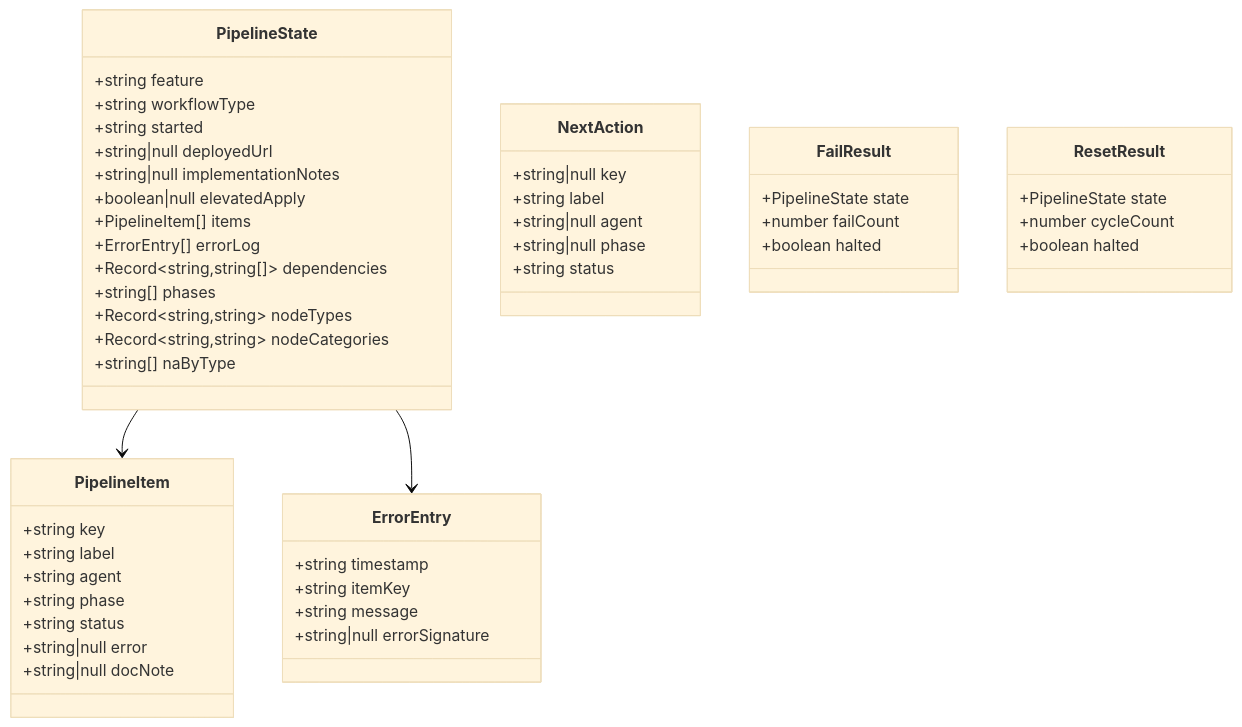
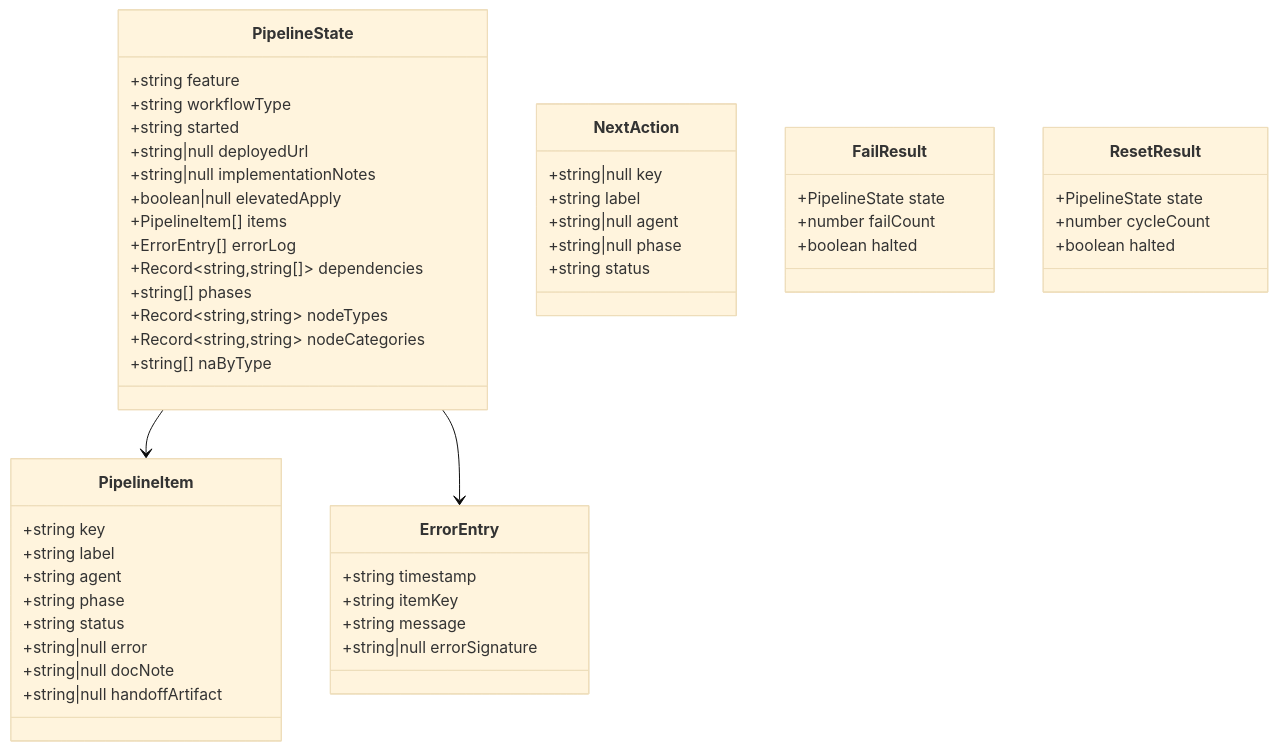
Before and after one commit to RomanKaliupinMelonusa/DAGent-t: the fifth of 9 diagrams in tools/autonomous-factory/docs/04-state-machine.md, drawn with Mermaid (base theme). The commit also changed other lines of this file and 4 other files, not shown here.

````diff
--- a/tools/autonomous-factory/docs/04-state-machine.md
+++ b/tools/autonomous-factory/docs/04-state-machine.md
@@ -316,58 +316,59 @@
 ```mermaid
 classDiagram
     class PipelineState {
         +string feature
         +string workflowType
         +string started
         +string|null deployedUrl
         +string|null implementationNotes
         +boolean|null elevatedApply
         +PipelineItem[] items
         +ErrorEntry[] errorLog
         +Record~string,string[]~ dependencies
         +string[] phases
         +Record~string,string~ nodeTypes
         +Record~string,string~ nodeCategories
         +string[] naByType
     }
 
     class PipelineItem {
         +string key
         +string label
         +string agent
         +string phase
         +string status
         +string|null error
         +string|null docNote
+        +string|null handoffArtifact
     }
 
     class ErrorEntry {
         +string timestamp
         +string itemKey
         +string message
         +string|null errorSignature
     }
 
     class NextAction {
         +string|null key
         +string label
         +string|null agent
         +string|null phase
         +string status
     }
 
     class FailResult {
         +PipelineState state
         +number failCount
         +boolean halted
     }
 
     class ResetResult {
         +PipelineState state
         +number cycleCount
         +boolean halted
     }
 
     PipelineState --> PipelineItem
     PipelineState --> ErrorEntry
 ```
````
